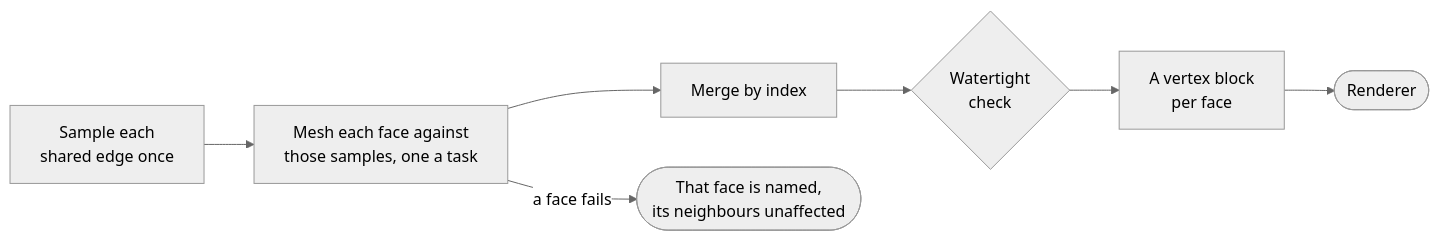
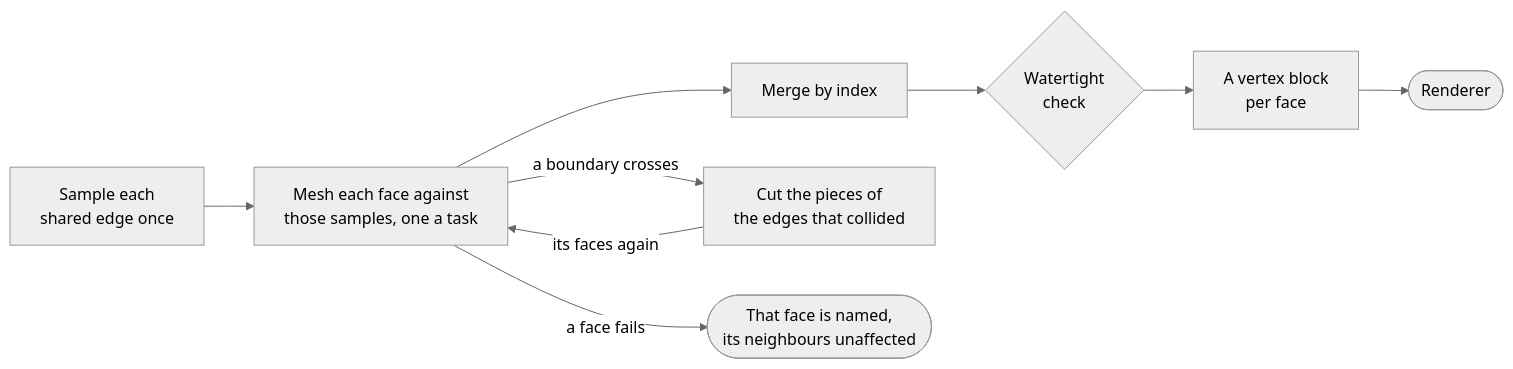
The first of 3 diagrams in docs/architecture/mesh-and-renderer.md (Dzoay/occam), drawn with Mermaid (neutral theme) before and after one commit. The commit also changed other lines of this file and 22 other files, not shown here.

First line of the commit message:
feat(mesh): P9's adversarial catalogue held, and repair that cuts only the edges that collided

````diff
--- a/docs/architecture/mesh-and-renderer.md
+++ b/docs/architecture/mesh-and-renderer.md
@@ -7,7 +7,9 @@
 ```mermaid
 flowchart LR
   edges["Sample each<br/>shared edge once"] --> faces["Mesh each face against<br/>those samples, one a task"]
   faces --> merge["Merge by index"] --> water{"Watertight<br/>check"}
   water --> blocks["A vertex block<br/>per face"] --> gpu(["Renderer"])
+  faces -->|"a boundary crosses"| repair["Cut the pieces of<br/>the edges that collided"]
+  repair -->|"its faces again"| faces
   faces -->|"a face fails"| named(["That face is named,<br/>its neighbours unaffected"])
 ```
````
